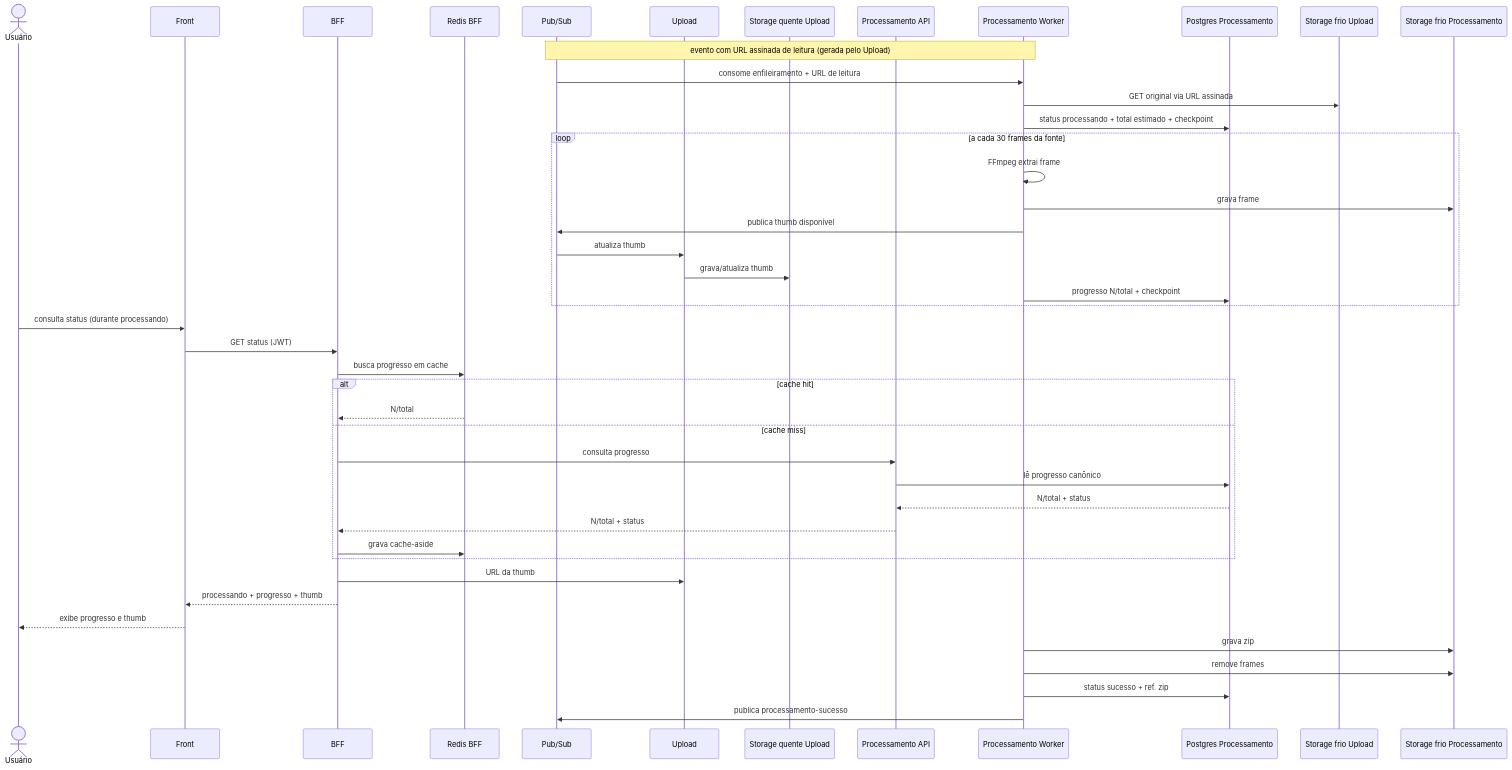
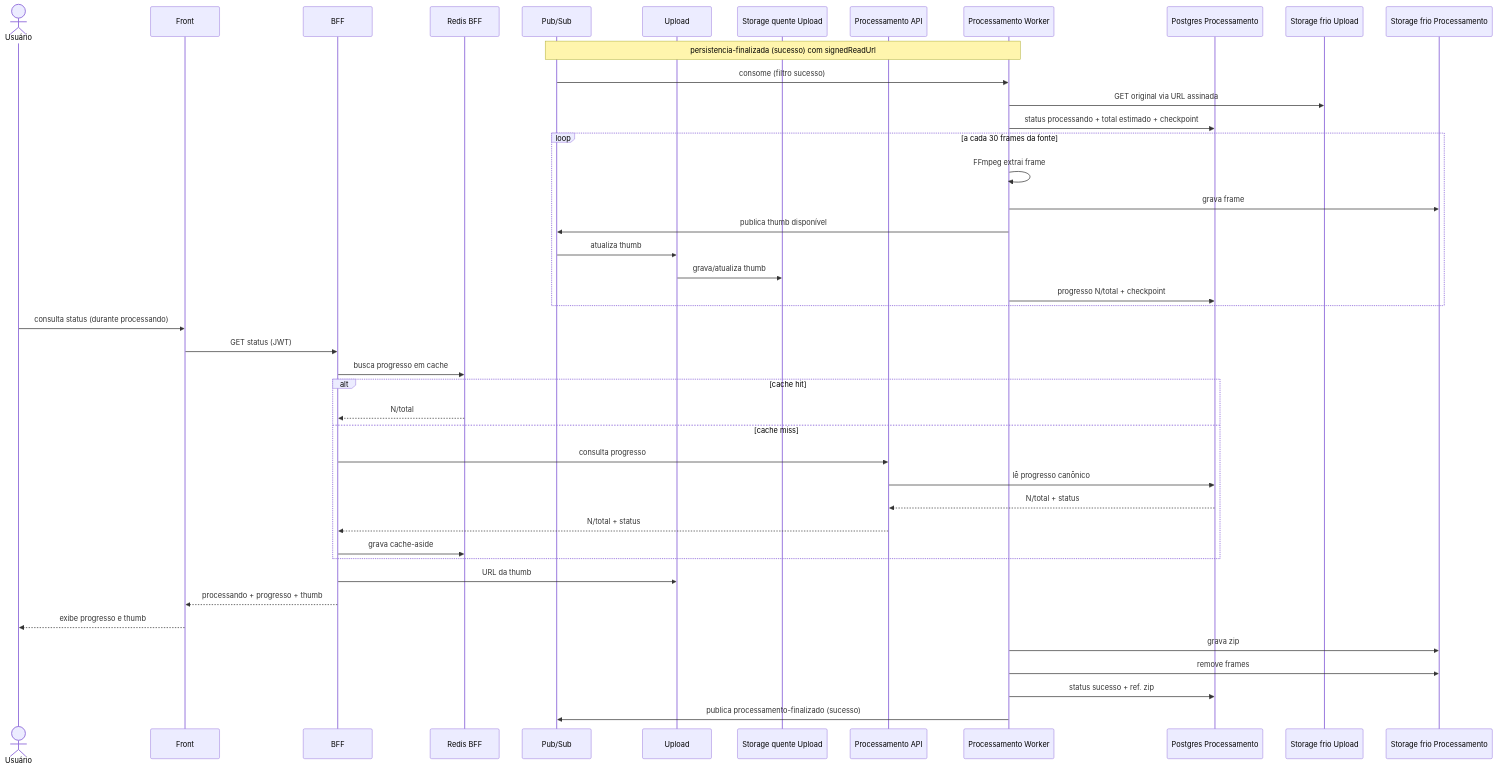
Before and after one commit to fiap-x-vcosta/docs: the diagram in fluxo-e-estados/02_caminho-feliz-processamento.md, drawn with Mermaid. The commit also changed 17 other files, not shown here.

Commit message:
docs: desfechos com resultado+filtro; e-mail via Auth por userId

````diff
--- a/fluxo-e-estados/02_caminho-feliz-processamento.md
+++ b/fluxo-e-estados/02_caminho-feliz-processamento.md
@@ -1,50 +1,50 @@
 ```mermaid
 sequenceDiagram
   actor U as Usuário
   participant Web as Front
   participant BFF as BFF
   participant Redis as Redis BFF
   participant Bus as Pub/Sub
   participant Up as Upload
   participant Quente as Storage quente Upload
   participant Api as Processamento API
   participant Worker as Processamento Worker
   participant PGP as Postgres Processamento
   participant FrioUp as Storage frio Upload
   participant FrioProc as Storage frio Processamento
 
-  Note over Bus,Worker: evento com URL assinada de leitura (gerada pelo Upload)
-  Bus->>Worker: consome enfileiramento + URL de leitura
+  Note over Bus,Worker: persistencia-finalizada (sucesso) com signedReadUrl
+  Bus->>Worker: consome (filtro sucesso)
   Worker->>FrioUp: GET original via URL assinada
   Worker->>PGP: status processando + total estimado + checkpoint
 
   loop a cada 30 frames da fonte
     Worker->>Worker: FFmpeg extrai frame
     Worker->>FrioProc: grava frame
     Worker->>Bus: publica thumb disponível
     Bus->>Up: atualiza thumb
     Up->>Quente: grava/atualiza thumb
     Worker->>PGP: progresso N/total + checkpoint
   end
 
   U->>Web: consulta status (durante processando)
   Web->>BFF: GET status (JWT)
   BFF->>Redis: busca progresso em cache
   alt cache hit
     Redis-->>BFF: N/total
   else cache miss
     BFF->>Api: consulta progresso
     Api->>PGP: lê progresso canônico
     PGP-->>Api: N/total + status
     Api-->>BFF: N/total + status
     BFF->>Redis: grava cache-aside
   end
   BFF->>Up: URL da thumb
   BFF-->>Web: processando + progresso + thumb
   Web-->>U: exibe progresso e thumb
 
   Worker->>FrioProc: grava zip
   Worker->>FrioProc: remove frames
   Worker->>PGP: status sucesso + ref. zip
-  Worker->>Bus: publica processamento-sucesso
+  Worker->>Bus: publica processamento-finalizado (sucesso)
 ```
````
